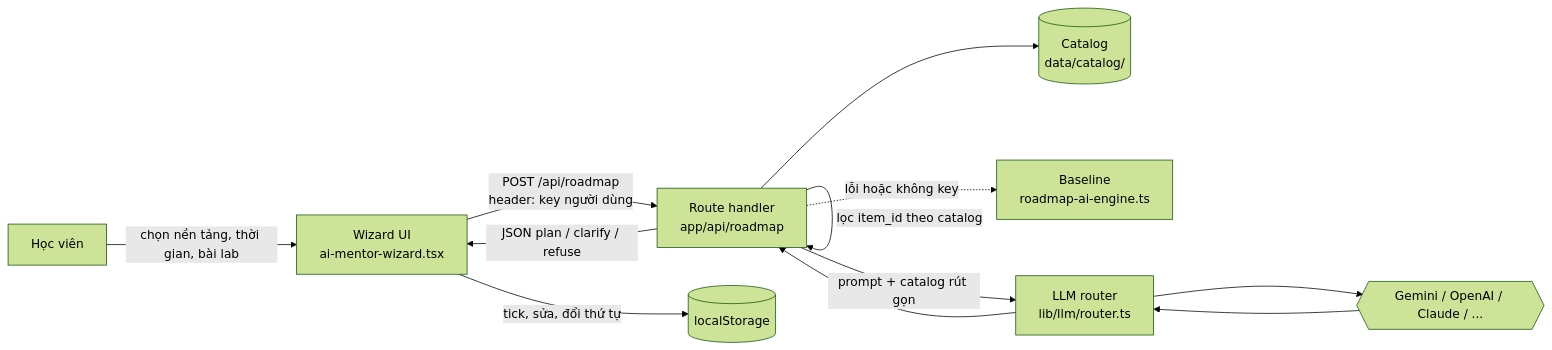
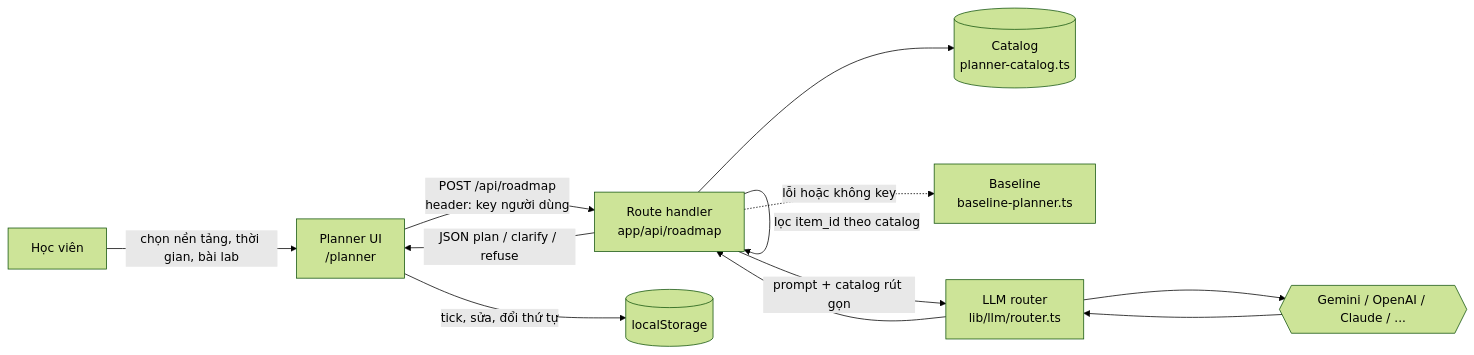
One commit to Dokhacgiakhoa/K4-3A-e403-Vinonymus changed the diagram in docs/02-kien-truc.md. Above: the diagram before and after it, drawn with Mermaid (forest theme). The commit also changed other lines of this file and 6 other files, not shown here.

````diff
--- a/docs/02-kien-truc.md
+++ b/docs/02-kien-truc.md
@@ -7,14 +7,14 @@
 ```mermaid
 flowchart LR
-    U[Học viên] -->|chọn nền tảng, thời gian, bài lab| W[Wizard UI<br/>ai-mentor-wizard.tsx]
+    U[Học viên] -->|chọn nền tảng, thời gian, bài lab| W[Planner UI<br/>/planner]
     W -->|POST /api/roadmap<br/>header: key người dùng| R[Route handler<br/>app/api/roadmap]
     R -->|validate zod| R
-    R --> C[(Catalog<br/>data/catalog/)]
+    R --> C[(Catalog<br/>planner-catalog.ts)]
     R -->|prompt + catalog rút gọn| L[LLM router<br/>lib/llm/router.ts]
     L --> P{{Gemini / OpenAI / Claude / ...}}
     P --> L --> R
     R -->|lọc item_id theo catalog| R
     R -->|JSON plan / clarify / refuse| W
-    R -.lỗi hoặc không key.-> B[Baseline<br/>roadmap-ai-engine.ts]
+    R -.lỗi hoặc không key.-> B[Baseline<br/>baseline-planner.ts]
     W -->|tick, sửa, đổi thứ tự| S[(localStorage)]
 ```
````
